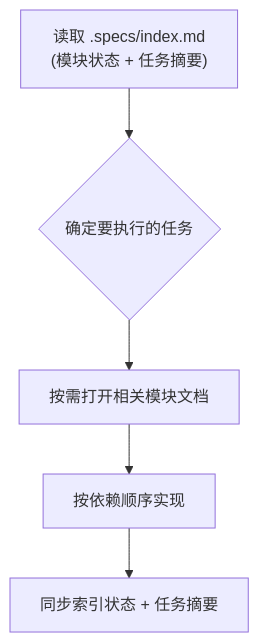
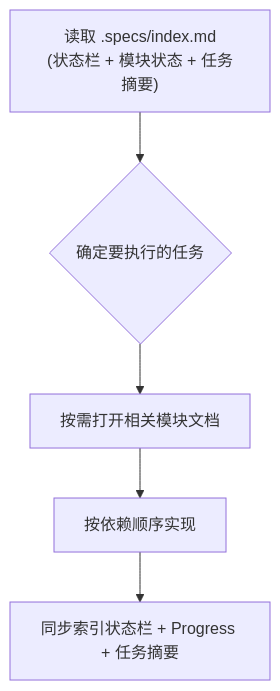
The diagram in zh/SKILL.zh.md (xypur/specs-workflow), drawn with Mermaid before and after one commit. The commit also changed other lines of this file and 26 other files, not shown here.

First line of the commit message:
Add module progress bar, index status bar, and module status blocks

````diff
--- a/zh/SKILL.zh.md
+++ b/zh/SKILL.zh.md
@@ -21,7 +21,7 @@
 ```mermaid
 flowchart TD
-    A["读取 .specs/index.md<br/>(模块状态 + 任务摘要)"] --> B{"确定要执行的任务"}
+    A["读取 .specs/index.md<br/>(状态栏 + 模块状态 + 任务摘要)"] --> B{"确定要执行的任务"}
     B --> C["按需打开相关模块文档"]
     C --> D["按依赖顺序实现"]
-    D --> E["同步索引状态 + 任务摘要"]
+    D --> E["同步索引状态栏 + Progress + 任务摘要"]
 ```
````
